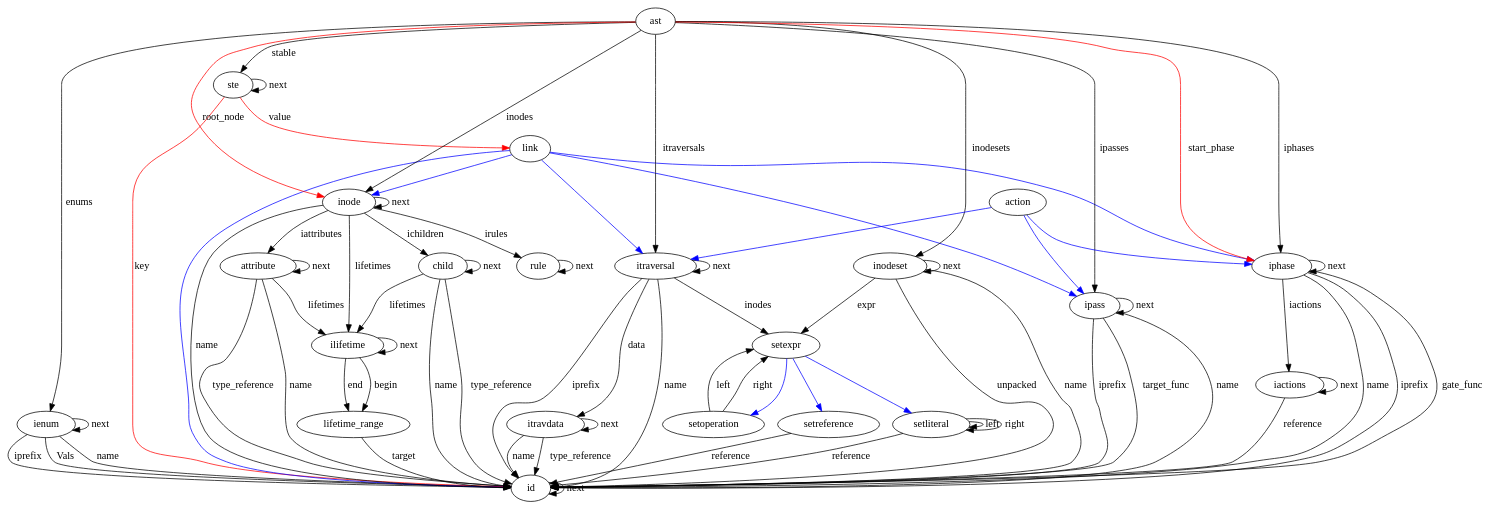
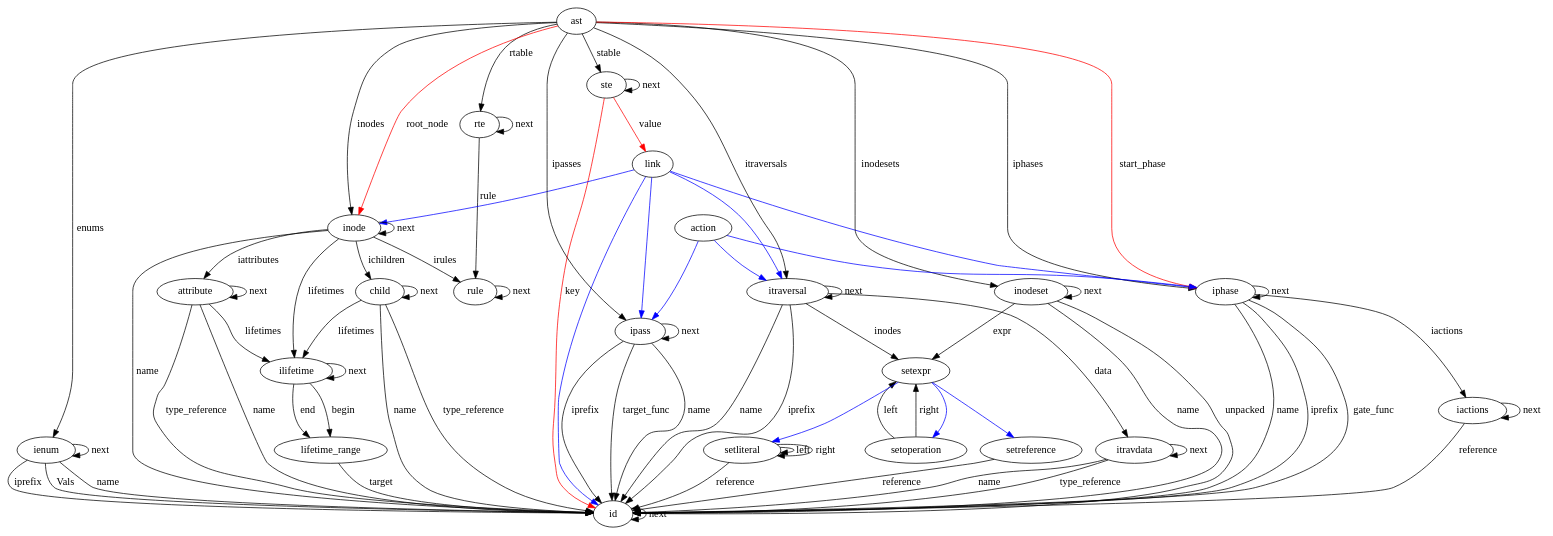
Before and after one commit to MrPixelized/coconut: the diagram in cocogen/ccngen/ast.dot, drawn with Graphviz. The commit also changed 13 other files, not shown here.

```diff
--- a/cocogen/ccngen/ast.dot
+++ b/cocogen/ccngen/ast.dot
@@ -1,100 +1,104 @@
 digraph Ast {
 id;
 id -> id[label="next"]
 ienum;
 ienum -> id[label="Vals"]
 ienum -> id[label="name"]
 ienum -> id[label="iprefix"]
 ienum -> ienum[label="next"]
 attribute;
 attribute -> id[label="name"]
 attribute -> id[label="type_reference"]
 attribute -> ilifetime[label="lifetimes"]
 attribute -> attribute[label="next"]
 itravdata;
 itravdata -> id[label="name"]
 itravdata -> id[label="type_reference"]
 itravdata -> itravdata[label="next"]
 setoperation;
 setoperation -> setexpr[label="left"]
 setoperation -> setexpr[label="right"]
 setliteral;
 setliteral -> id[label="reference"]
 setliteral -> setliteral[label="left"]
 setliteral -> setliteral[label="right"]
 setreference;
 setreference -> id[label="reference"]
+rte;
+rte -> rule[label="rule"]
+rte -> rte[label="next"]
 ste;
 ste -> ste[label="next"]
 ste -> id[color=red, label="key"]
 ste -> link[color=red, label="value"]
 child;
 child -> id[label="name"]
 child -> ilifetime[label="lifetimes"]
 child -> child[label="next"]
 child -> id[label="type_reference"]
 rule;
 rule -> rule[label="next"]
 lifetime_range;
 lifetime_range -> id[label="target"]
 ilifetime;
 ilifetime -> lifetime_range[label="begin"]
 ilifetime -> lifetime_range[label="end"]
 ilifetime -> ilifetime[label="next"]
 inodeset;
 inodeset -> id[label="name"]
 inodeset -> setexpr[label="expr"]
 inodeset -> id[label="unpacked"]
 inodeset -> inodeset[label="next"]
 inode;
 inode -> id[label="name"]
 inode -> inode[label="next"]
 inode -> child[label="ichildren"]
 inode -> attribute[label="iattributes"]
 inode -> rule[label="irules"]
 inode -> ilifetime[label="lifetimes"]
 ipass;
 ipass -> id[label="name"]
 ipass -> id[label="iprefix"]
 ipass -> id[label="target_func"]
 ipass -> ipass[label="next"]
 itraversal;
 itraversal -> id[label="name"]
 itraversal -> id[label="iprefix"]
 itraversal -> setexpr[label="inodes"]
 itraversal -> itravdata[label="data"]
 itraversal -> itraversal[label="next"]
 iphase;
 iphase -> id[label="name"]
 iphase -> id[label="iprefix"]
 iphase -> id[label="gate_func"]
 iphase -> iactions[label="iactions"]
 iphase -> iphase[label="next"]
 iactions;
 iactions -> id[label="reference"]
 iactions -> iactions[label="next"]
 ast;
 ast -> iphase[label="iphases"]
 ast -> itraversal[label="itraversals"]
 ast -> ipass[label="ipasses"]
 ast -> inode[label="inodes"]
 ast -> inodeset[label="inodesets"]
 ast -> ienum[label="enums"]
 ast -> ste[label="stable"]
+ast -> rte[label="rtable"]
 ast -> inode[color=red, label="root_node"]
 ast -> iphase[color=red, label="start_phase"]
 setexpr;
 setexpr -> setoperation [color=blue]
 setexpr -> setreference [color=blue]
 setexpr -> setliteral [color=blue]
 link;
 link -> iphase [color=blue]
 link -> itraversal [color=blue]
 link -> ipass [color=blue]
 link -> inode [color=blue]
 link -> id [color=blue]
 action;
 action -> iphase [color=blue]
 action -> itraversal [color=blue]
 action -> ipass [color=blue]
 }
```
